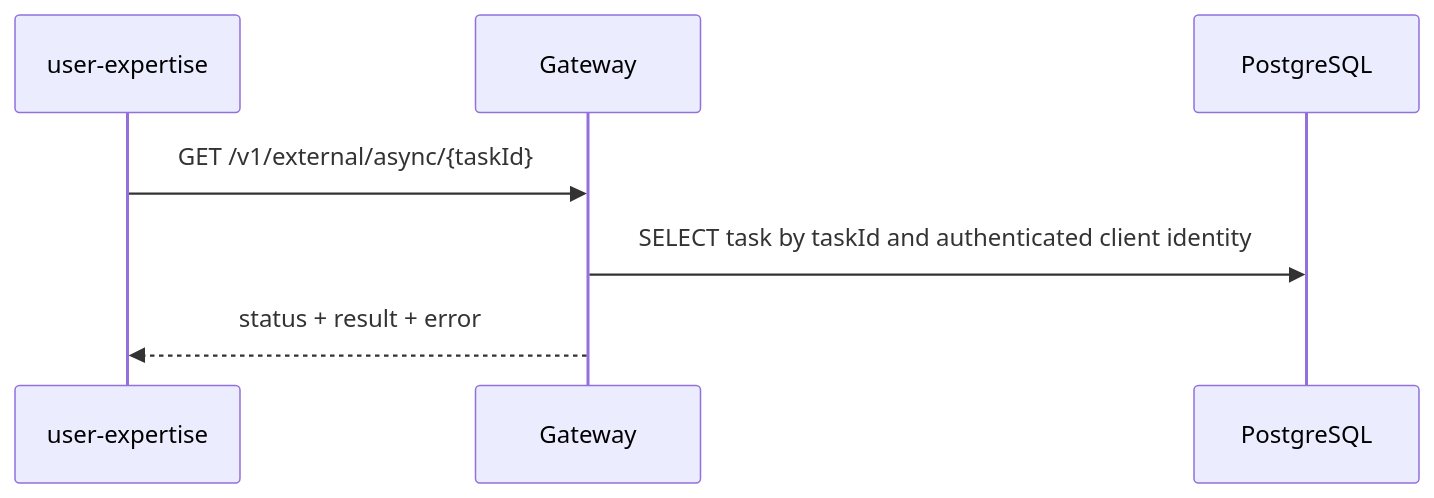
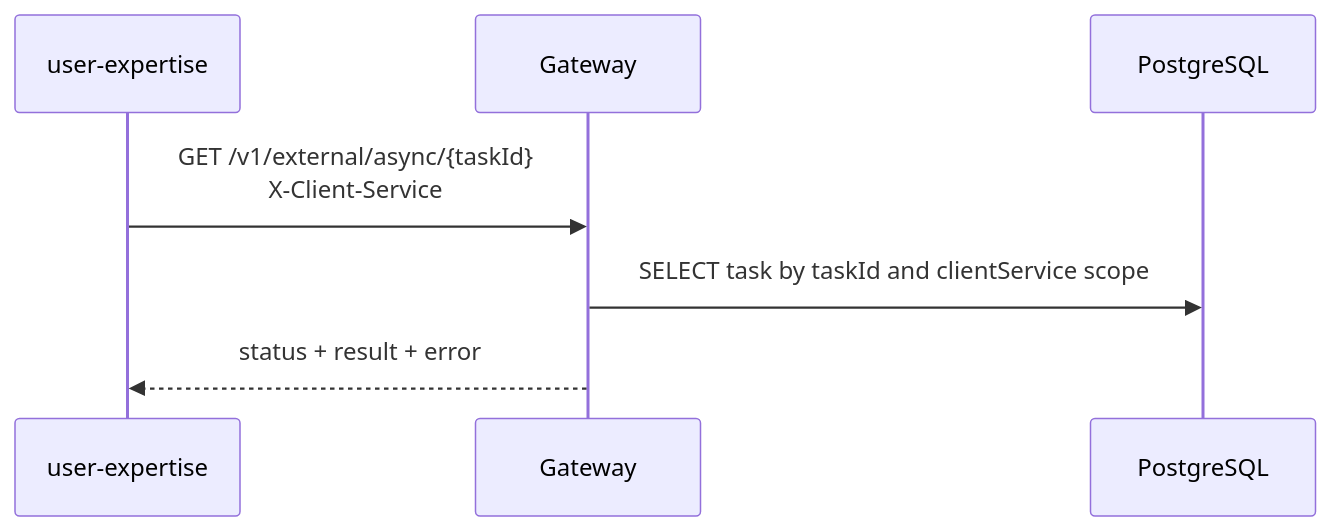
Before and after one commit to DenisVanin4402/TestQwenCli: the sixth of 6 diagrams in docs/external-service-gateway/README.md, drawn with Mermaid. The commit also changed other lines of this file and 26 other files, not shown here.

````diff
--- a/docs/external-service-gateway/README.md
+++ b/docs/external-service-gateway/README.md
@@ -192,10 +237,10 @@
 ```mermaid
 sequenceDiagram
     participant C as user-expertise
     participant G as Gateway
     participant DB as PostgreSQL
 
-    C->>G: GET /v1/external/async/{taskId}
-    G->>DB: SELECT task by taskId and authenticated client identity
+    C->>G: GET /v1/external/async/{taskId}<br/>X-Client-Service
+    G->>DB: SELECT task by taskId and clientService scope
     G-->>C: status + result + error
 ```
````
